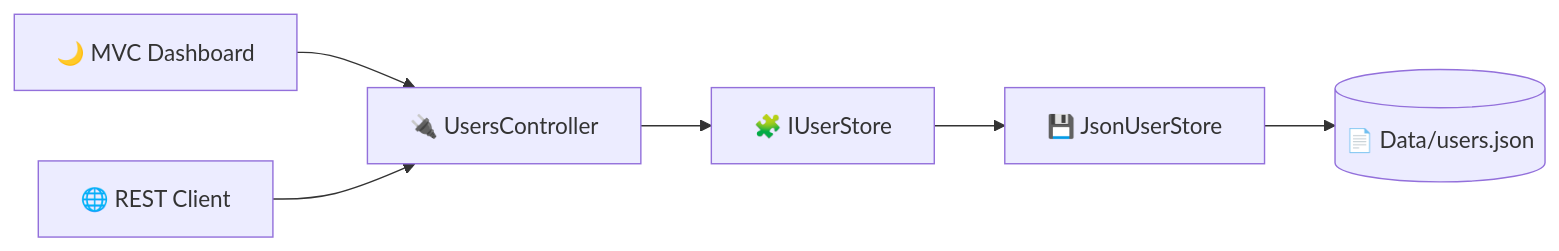
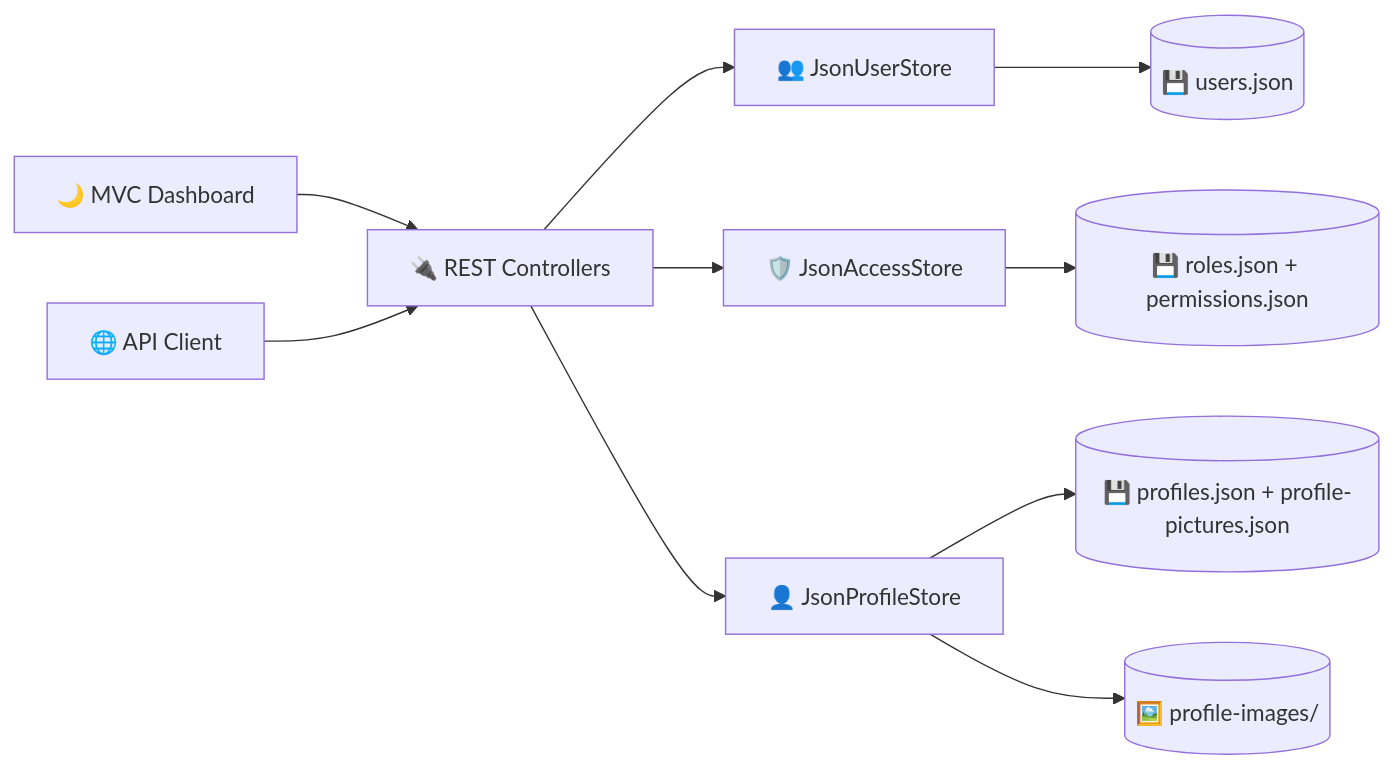
Before and after one commit to 1x4x/walter-userapi: the diagram in README.md, drawn with Mermaid. The commit also changed other lines of this file and 4 other files, not shown here.

Commit message:
Refresh README with illustrated users, profiles, roles and permissions gallery

````diff
--- a/README.md
+++ b/README.md
@@ -206,8 +241,12 @@
 ```mermaid
 flowchart LR
-    A["🌙 MVC Dashboard"] --> B["🔌 UsersController"]
-    C["🌐 REST Client"] --> B
-    B --> D["🧩 IUserStore"]
-    D --> E["💾 JsonUserStore"]
-    E --> F[("📄 Data/users.json")]
+  UI["🌙 MVC Dashboard"] --> API["🔌 REST Controllers"]
+  Client["🌐 API Client"] --> API
+  API --> U["👥 JsonUserStore"]
+  API --> A["🛡️ JsonAccessStore"]
+  API --> P["👤 JsonProfileStore"]
+  U --> J[("💾 users.json")]
+  A --> R[("💾 roles.json + permissions.json")]
+  P --> M[("💾 profiles.json + profile-pictures.json")]
+  P --> I[("🖼️ profile-images/")]
 ```
````
